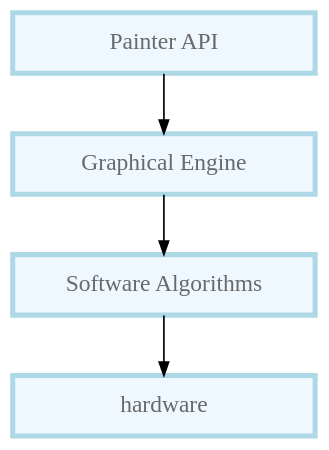
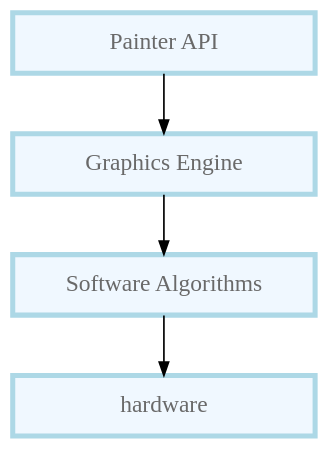
Before and after one commit to MicroEJ/docs: the diagram in PlatformDeveloperGuide/uiFontCore.rst, drawn with Graphviz. The commit also changed other lines of this file and 8 other files, not shown here.

Commit message:
graphical engine -> graphics engine

```diff
--- a/PlatformDeveloperGuide/uiFontCore.rst
+++ b/PlatformDeveloperGuide/uiFontCore.rst
@@ -18,37 +18,37 @@
 .. graphviz::
 
    digraph {
       
       graph [
          overlap=false
          splines=true
          nodesep=0.5
          ranksep=0.5
          bgcolor="transparent"
          center=1
       ];
          
       node [
          fixedsize=true,
          fontname="Ubuntu"
          fontsize=14
          fontcolor=dimgray
          height=0.5
          width=2.5
          shape=box
          fillcolor=aliceblue
          color="lightblue"
          style="filled,setlinewidth(3)",
       ];
             
       edge [
          arrowsize=0.8
       ];
       
       app [label="Painter API"]
-      stack [label="Graphical Engine"]
+      stack [label="Graphics Engine"]
       algo [label="Software Algorithms"]
       hard  [label="hardware"]
       
       app -> stack -> algo -> hard
    }
```
